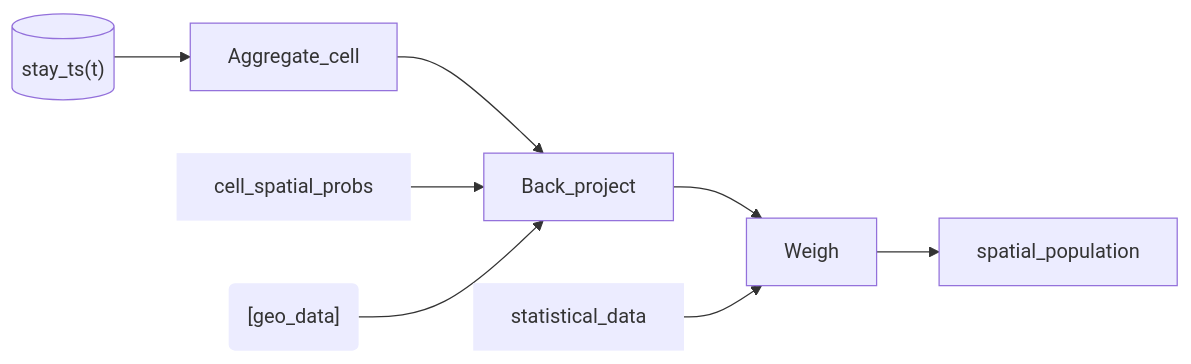
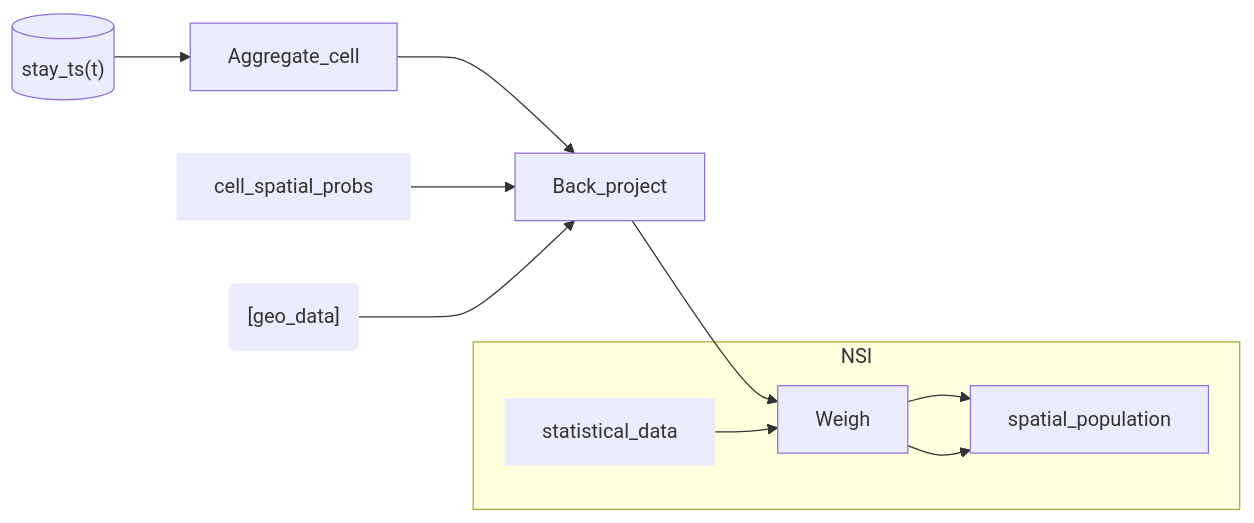
The eighth of 12 diagrams in README.md (djvanderlaan/pipeline), drawn with Mermaid before and after one commit.

````diff
--- a/README.md
+++ b/README.md
@@ -87,11 +87,15 @@
 ```mermaid
 flowchart LR
 
 stay_ts[("stay_ts(t)")] --> Aggregate_cell --> Back_project --> Weigh --> spatial_population:::Data
 
 cell_spatial_probs:::data --> Back_project
 geo_data("[geo_data]"):::data --> Back_project
+
+subgraph NSI
+Weigh --> spatial_population:::Data
 statistical_data:::data --> Weigh
+end
 
 classDef data stroke-width:0px
 ```
````
